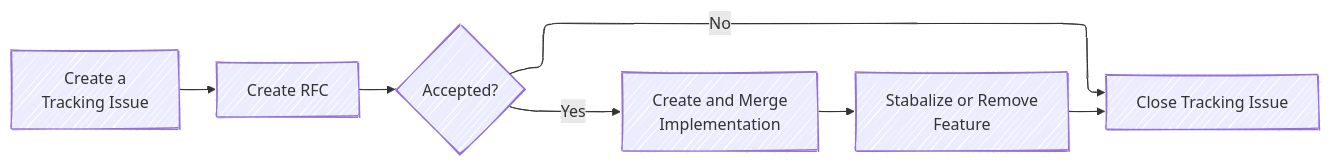
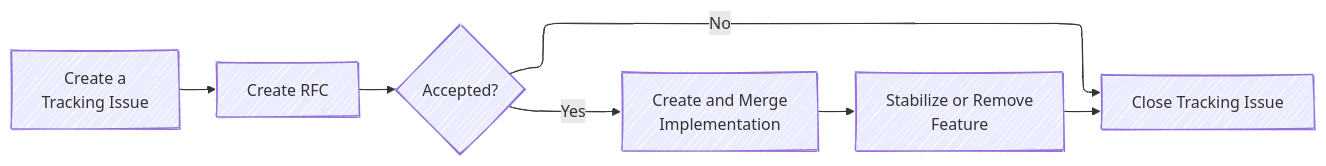
One commit to OpenDevicePartnership/patina changed the diagram in docs/src/dev/unstable.md. Above: the diagram before and after it, drawn with Mermaid.

````diff
--- a/docs/src/dev/unstable.md
+++ b/docs/src/dev/unstable.md
@@ -42,14 +42,14 @@
 ```mermaid
 ---
 config:
   layout: elk
   look: handDrawn
 ---
 flowchart LR
     A["Create a <br> Tracking Issue"] --> B["Create RFC"]
     B --> C{"Accepted?"}
     C -- Yes --> D["Create and Merge <br> Implementation"]
-    D --> E["Stabalize or Remove <br> Feature"]
+    D --> E["Stabilize or Remove <br> Feature"]
     E --> Z["Close Tracking Issue"]
     C -- No --> Z
 ```
````
